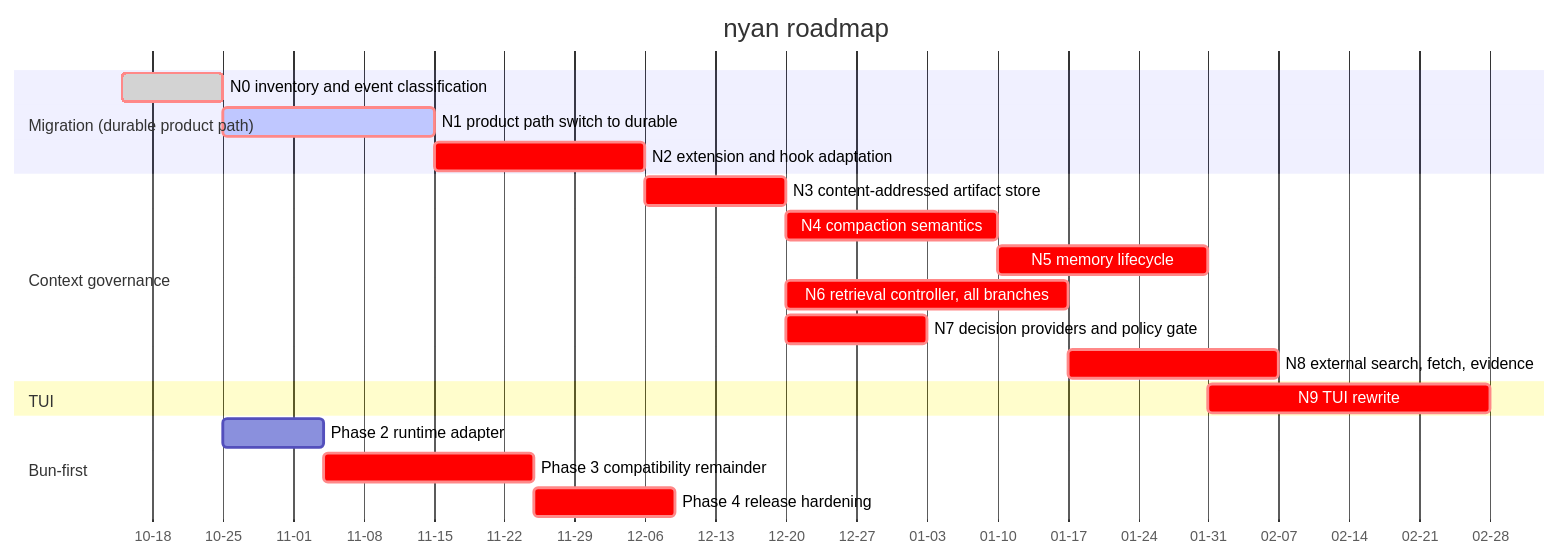
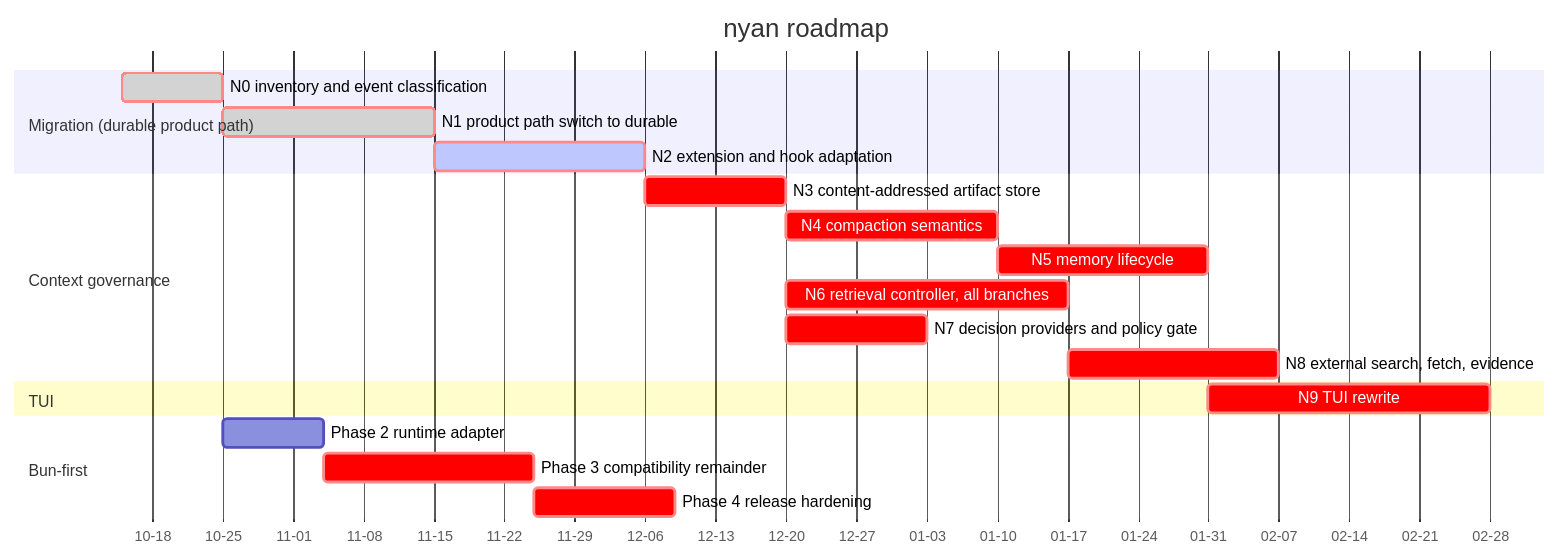
Before and after one commit to blxzer77/nyan: the diagram in ROADMAP.md, drawn with Mermaid. The commit also changed other lines of this file, not shown here.

````diff
--- a/ROADMAP.md
+++ b/ROADMAP.md
@@ -13,27 +13,27 @@
 ```mermaid
 gantt
     title nyan roadmap
     dateFormat YYYY-MM-DD
     axisFormat %m-%d
 
     section Migration (durable product path)
     N0 inventory and event classification :done, crit, n0, 2026-10-15, 10d
-    N1 product path switch to durable :active, crit, n1, after n0, 21d
-    N2 extension and hook adaptation :crit, n2, after n1, 21d
+    N1 product path switch to durable :done, crit, n1, after n0, 21d
+    N2 extension and hook adaptation :active, crit, n2, after n1, 21d
 
     section Context governance
     N3 content-addressed artifact store :crit, n3, after n2, 14d
     N4 compaction semantics :crit, n4, after n3, 21d
     N5 memory lifecycle :crit, n5, after n4, 21d
     N6 retrieval controller, all branches :crit, n6, after n3, 28d
     N7 decision providers and policy gate :crit, n7, after n3, 14d
     N8 external search, fetch, evidence :crit, n8, after n6, 21d
 
     section TUI
     N9 TUI rewrite :crit, n9, after n5, 28d
 
     section Bun-first
     Phase 2 runtime adapter :bun2, after n0, 10d
     Phase 3 compatibility remainder :crit, bun3, after bun2, 21d
     Phase 4 release hardening :crit, bun4, after bun3, 14d
 ```
````
